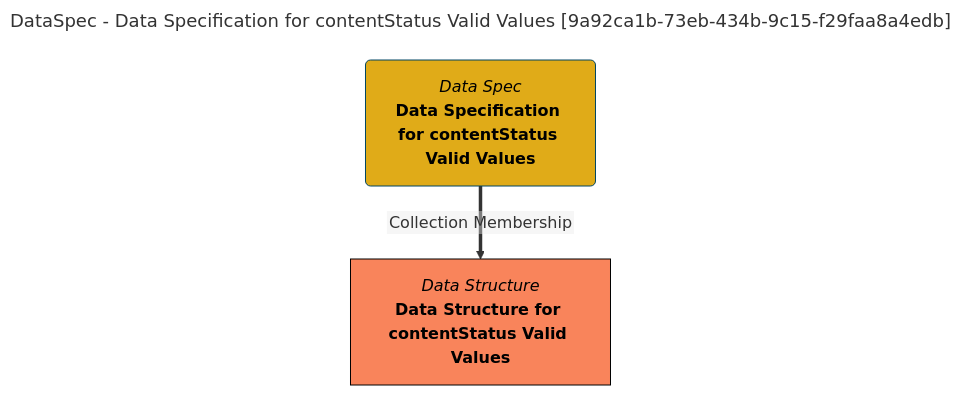
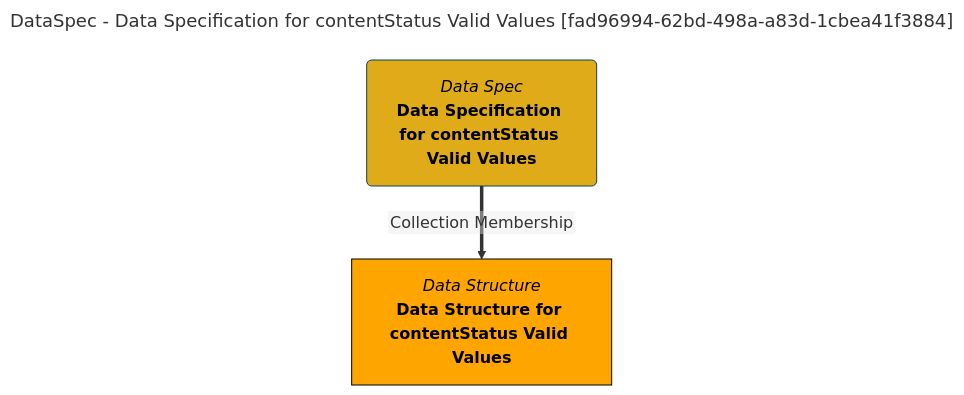
The diagram in site/snippets/collections/data-specs/data-specification-for-contentstatus-valid-values-mermaid-graph.md (odpi/egeria-docs), drawn with Mermaid before and after one commit. The commit also changed 2201 other files, not shown here.

````diff
--- a/site/snippets/collections/data-specs/data-specification-for-contentstatus-valid-values-mermaid-graph.md
+++ b/site/snippets/collections/data-specs/data-specification-for-contentstatus-valid-values-mermaid-graph.md
@@ -1,15 +1,15 @@
 ```mermaid
 ---
-title: DataSpec - Data Specification for contentStatus Valid Values [9a92ca1b-73eb-434b-9c15-f29faa8a4edb]
+title: DataSpec - Data Specification for contentStatus Valid Values [fad96994-62bd-498a-a83d-1cbea41f3884]
 ---
 flowchart TD
 %%{init: {"flowchart": {"htmlLabels": false}} }%%
 
 1@{ shape: rounded, label: "*Data Spec*
 **Data Specification for contentStatus Valid Values**"}
 2@{ shape: rect, label: "*Data Structure*
 **Data Structure for contentStatus Valid Values**"}
 1==>|"Collection Membership"|2
 style 1 color:#000000, fill:#e0ab18, stroke:#004563
-style 2 color:#000000, fill:#f9845b, stroke:#000000
+style 2 color:#000000, fill:#FFA500, stroke:#000000
 ```
````
